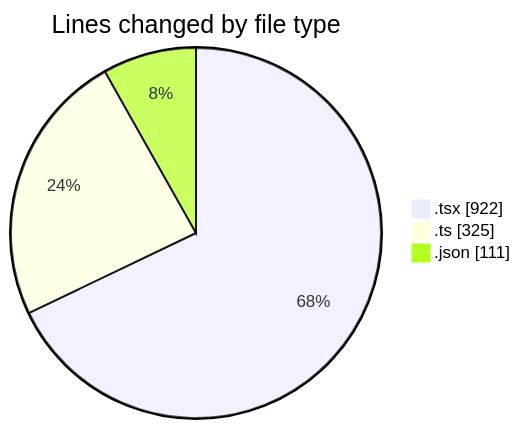
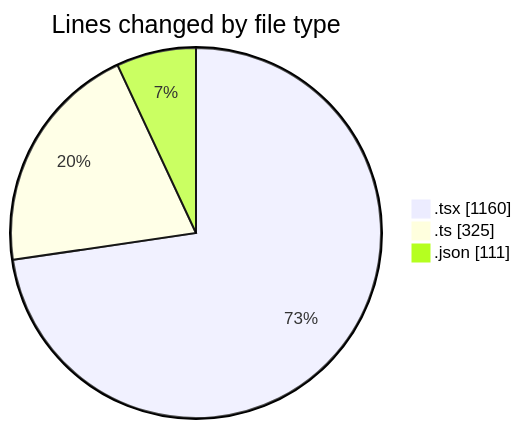
Before and after one commit to julien-gomy/code-tracking: the first of 2 diagrams in 2025-11-08/eventscop-frontend-guide__workspace_/README.md, drawn with Mermaid. The commit also changed other lines of this file and 1 other file, not shown here.

````diff
--- a/2025-11-08/eventscop-frontend-guide__workspace_/README.md
+++ b/2025-11-08/eventscop-frontend-guide__workspace_/README.md
@@ -30,7 +31,7 @@
 ```mermaid
 pie showData
 title Lines changed by file type
-".tsx" : 922
+".tsx" : 1160
 ".ts" : 325
 ".json" : 111
 ```
````
